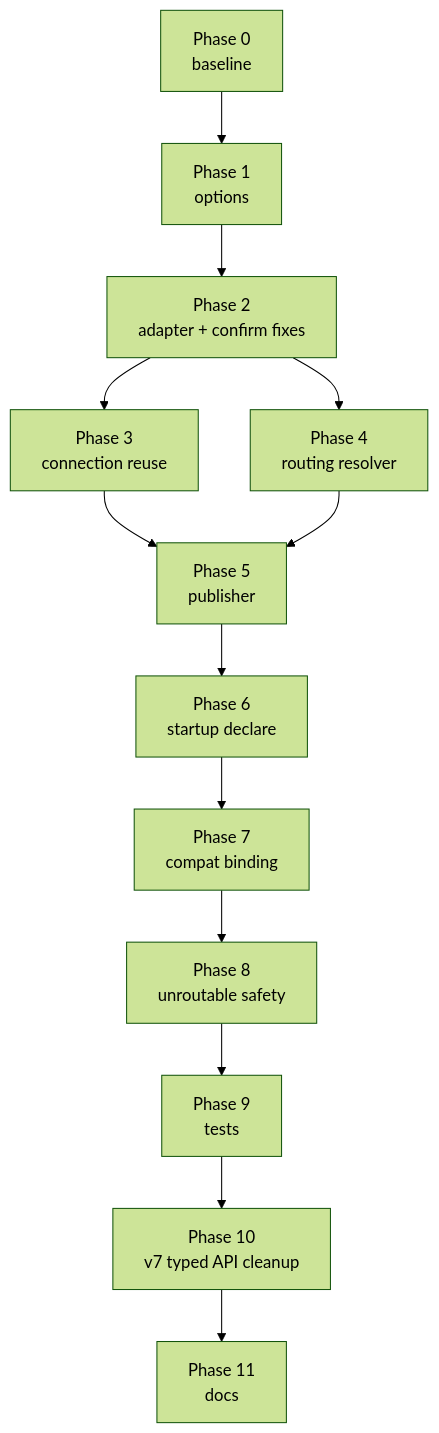
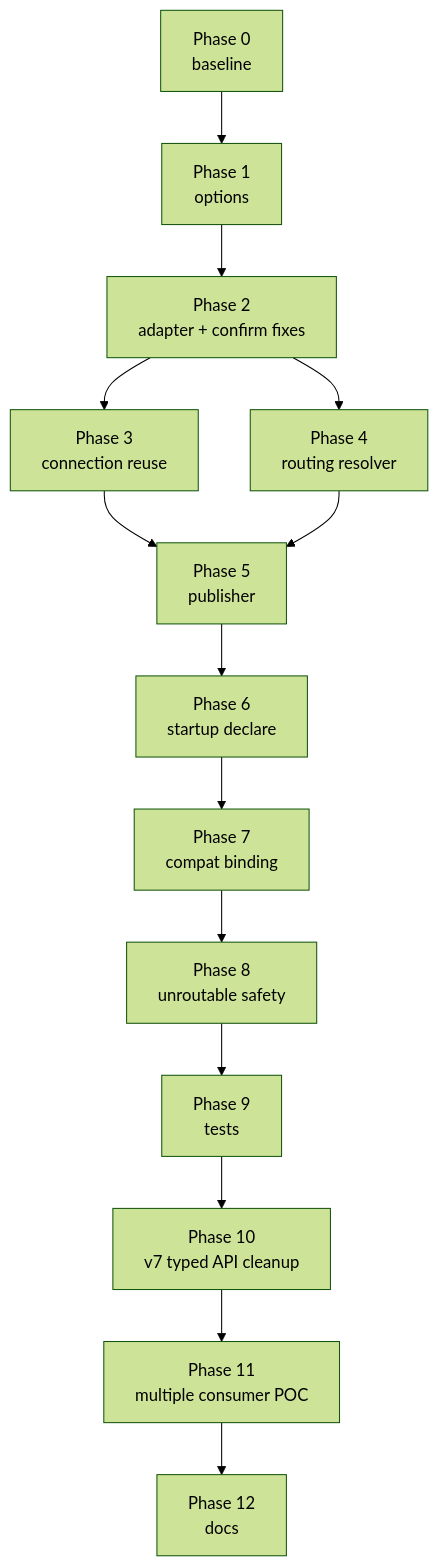
The diagram in docs/implementation/messaging_exchange_migration_plan.md (haudtech/transaction-validation), drawn with Mermaid (forest theme) before and after one commit. The commit also changed other lines of this file and 23 other files, not shown here.

````diff
--- a/docs/implementation/messaging_exchange_migration_plan.md
+++ b/docs/implementation/messaging_exchange_migration_plan.md
@@ -297,15 +327,16 @@
 ```mermaid
 flowchart TD
     P0[Phase 0<br/>baseline] --> P1[Phase 1<br/>options]
     P1 --> P2[Phase 2<br/>adapter + confirm fixes]
     P2 --> P3[Phase 3<br/>connection reuse]
     P2 --> P4[Phase 4<br/>routing resolver]
     P3 --> P5[Phase 5<br/>publisher]
     P4 --> P5
     P5 --> P6[Phase 6<br/>startup declare]
     P6 --> P7[Phase 7<br/>compat binding]
     P7 --> P8[Phase 8<br/>unroutable safety]
     P8 --> P9[Phase 9<br/>tests]
     P9 --> P10[Phase 10<br/>v7 typed API cleanup]
-    P10 --> P11[Phase 11<br/>docs]
+    P10 --> P11[Phase 11<br/>multiple consumer POC]
+    P11 --> P12[Phase 12<br/>docs]
 ```
````
